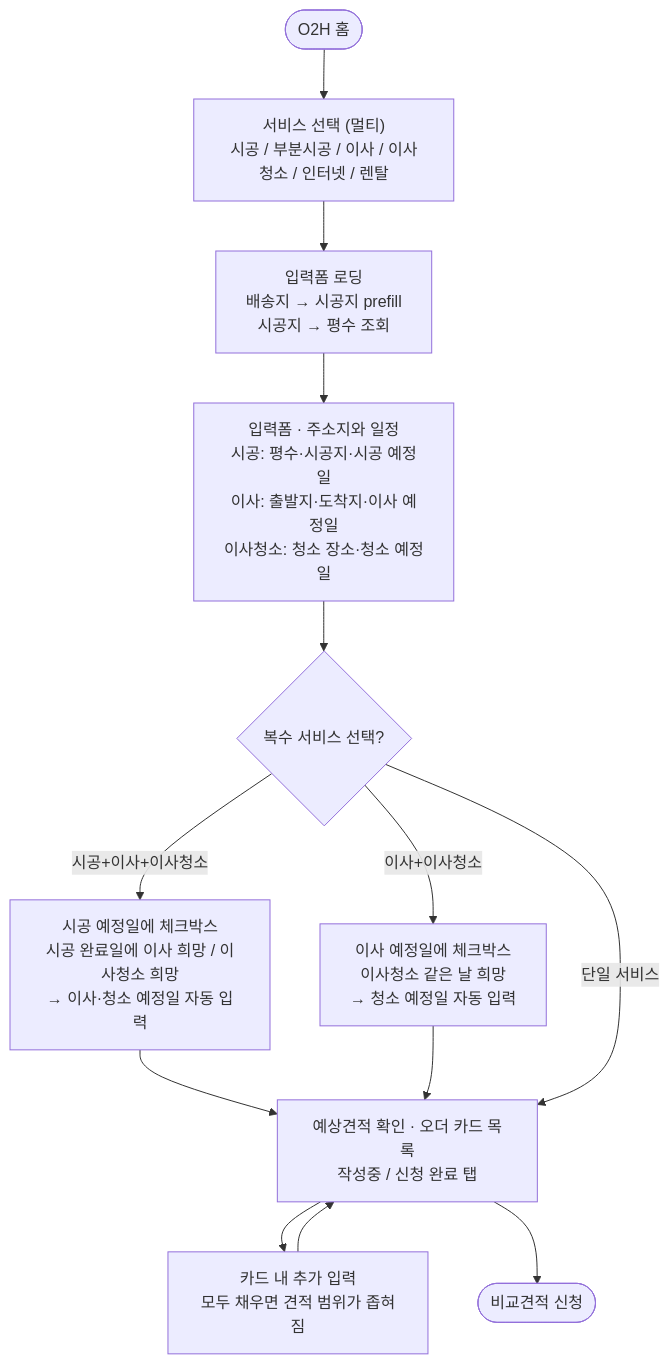
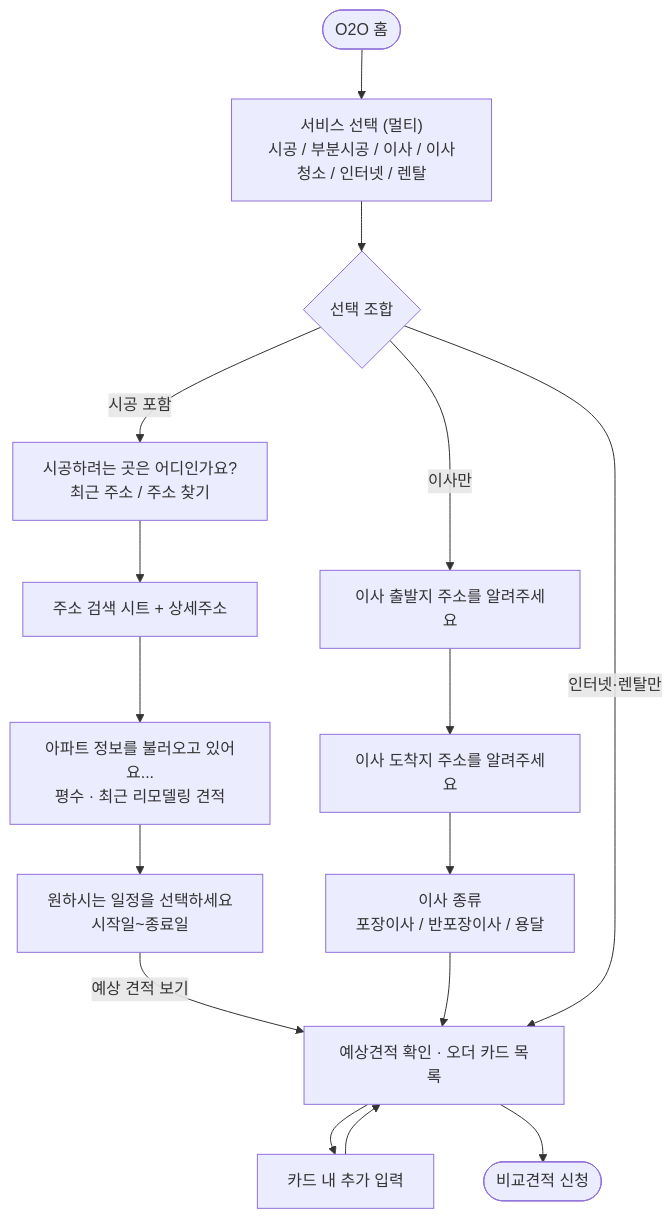
Before and after one commit to jisunmoon-ctrl/O2OAskMe: the diagram in POLICY_FlowB_입력폼_오더카드.md, drawn with Mermaid. The commit also changed other lines of this file and 1 other file, not shown here.

First line of the commit message:
feat: Flow B 입력폼을 주소·일정 퍼널로 교체하고 O2O 홈 카피를 수정

````diff
--- a/POLICY_FlowB_입력폼_오더카드.md
+++ b/POLICY_FlowB_입력폼_오더카드.md
@@ -16,15 +15,19 @@
 ```mermaid
 flowchart TB
-    H(["O2H 홈"]) --> SEL["서비스 선택 (멀티)<br>시공 / 부분시공 / 이사 / 이사청소 / 인터넷 / 렌탈"]
-    SEL --> LOAD["입력폼 로딩<br>배송지 → 시공지 prefill<br>시공지 → 평수 조회"]
-    LOAD --> FORM["입력폼 · 주소지와 일정<br>시공: 평수·시공지·시공 예정일<br>이사: 출발지·도착지·이사 예정일<br>이사청소: 청소 장소·청소 예정일"]
-    FORM --> CHK{"복수 서비스 선택?"}
-    CHK -->|"시공+이사+이사청소"| CB1["시공 예정일에 체크박스<br>시공 완료일에 이사 희망 / 이사청소 희망<br>→ 이사·청소 예정일 자동 입력"]
-    CHK -->|"이사+이사청소"| CB2["이사 예정일에 체크박스<br>이사청소 같은 날 희망<br>→ 청소 예정일 자동 입력"]
-    CB1 --> ORD
-    CB2 --> ORD
-    CHK -->|"단일 서비스"| ORD["예상견적 확인 · 오더 카드 목록<br>작성중 / 신청 완료 탭"]
-    ORD --> EXTRA["카드 내 추가 입력<br>모두 채우면 견적 범위가 좁혀짐"]
+    H(["O2O 홈"]) --> SEL["서비스 선택 (멀티)<br>시공 / 부분시공 / 이사 / 이사청소 / 인터넷 / 렌탈"]
+    SEL --> BR{"선택 조합"}
+    BR -->|"시공 포함"| A1["시공하려는 곳은 어디인가요?<br>최근 주소 / 주소 찾기"]
+    A1 --> SRCH["주소 검색 시트 + 상세주소"]
+    SRCH --> LOAD["아파트 정보를 불러오고 있어요...<br>평수 · 최근 리모델링 견적"]
+    LOAD --> SCH["원하시는 일정을 선택하세요<br>시작일~종료일"]
+    SCH -->|"예상 견적 보기"| ORD
+    BR -->|"이사만"| M1["이사 출발지 주소를 알려주세요"]
+    M1 --> M2["이사 도착지 주소를 알려주세요"]
+    M2 --> MT["이사 종류<br>포장이사 / 반포장이사 / 용달"]
+    MT --> ORD
+    BR -->|"인터넷·렌탈만"| ORD
+    ORD["예상견적 확인 · 오더 카드 목록"]
+    ORD --> EXTRA["카드 내 추가 입력"]
     EXTRA --> ORD
     ORD --> APPLY(["비교견적 신청"])
 ```
````
